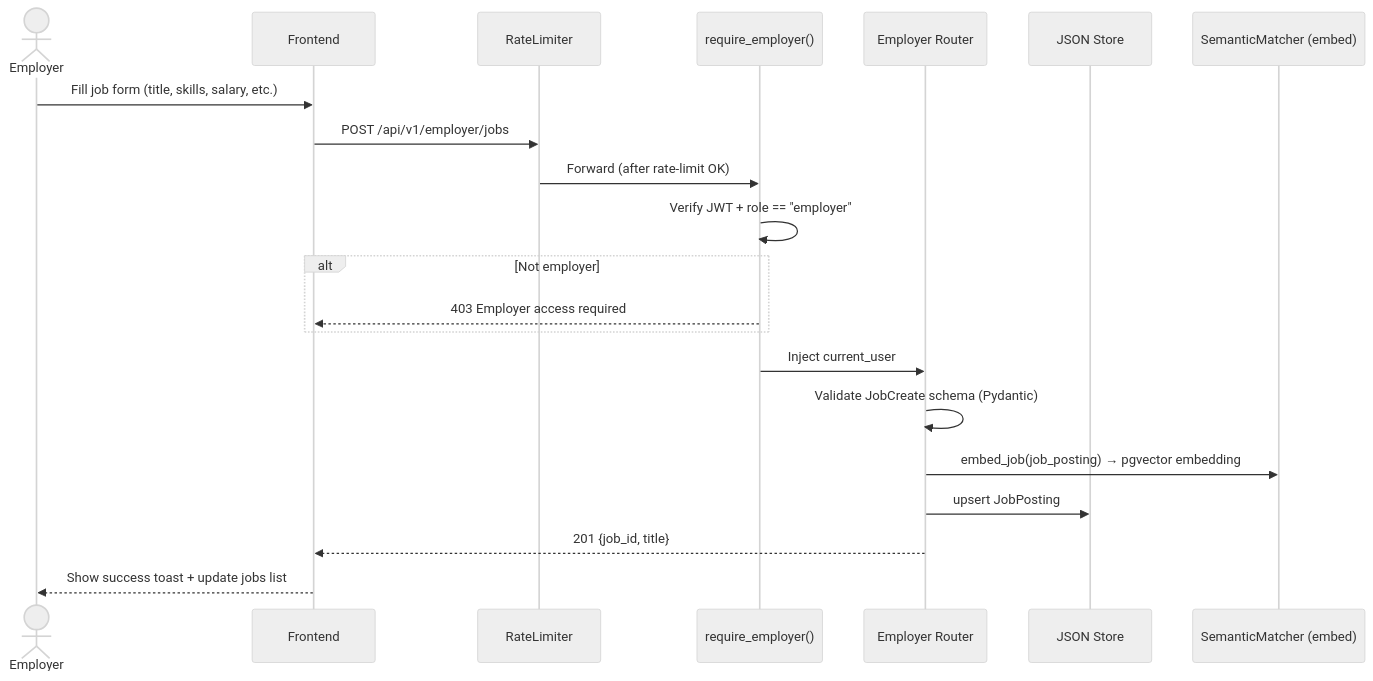
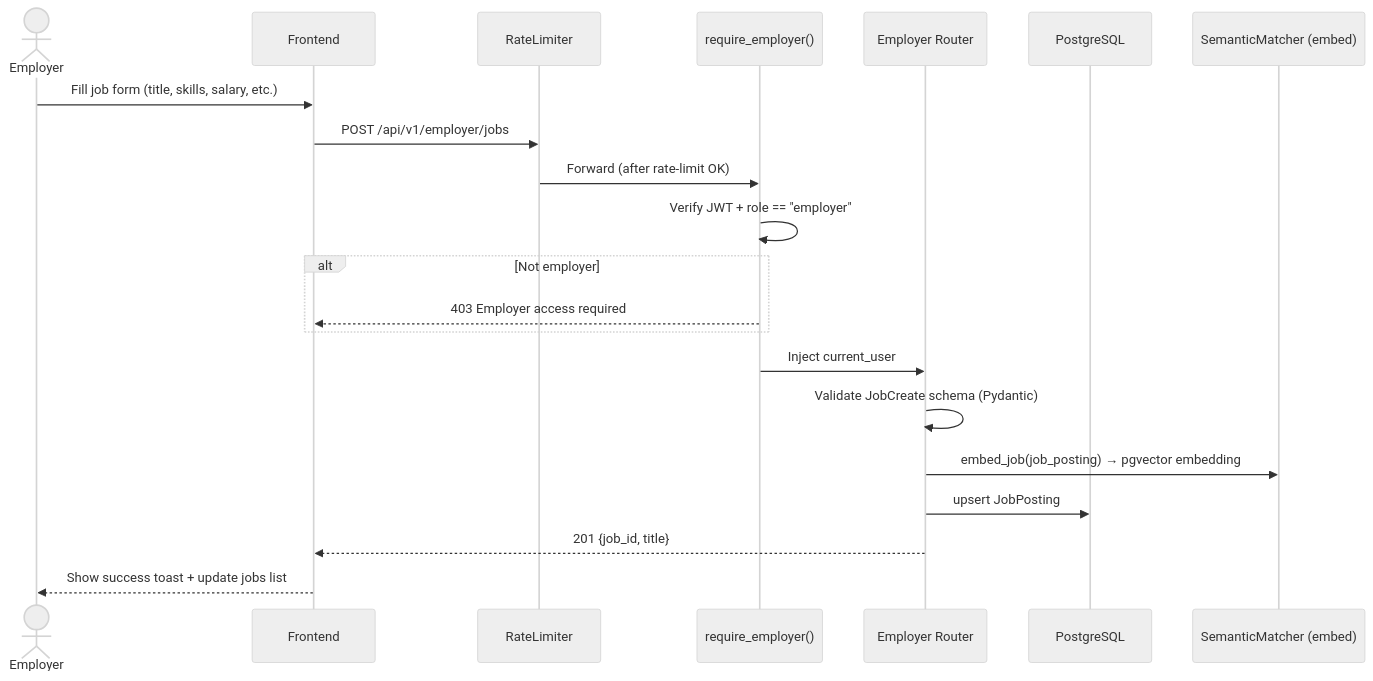
Before and after one commit to LouSens/KerjaCerdas: the sixth of 7 diagrams in docs/SEQUENCE_DIAGRAMS.md, drawn with Mermaid (neutral theme). The commit also changed other lines of this file and 33 other files, not shown here.

Commit message:
docs: consolidate architecture/pitch docs, remove hackathon-audit meta-commentary, fix stale content

````diff
--- a/docs/SEQUENCE_DIAGRAMS.md
+++ b/docs/SEQUENCE_DIAGRAMS.md
@@ -214,24 +223,24 @@
 ```mermaid
 sequenceDiagram
     actor E as Employer
     participant F as Frontend
     participant RL as RateLimiter
     participant DP as require_employer()
     participant EP as Employer Router
-    participant DB as JSON Store
+    participant DB as PostgreSQL
     participant SM as SemanticMatcher (embed)
 
     E->>F: Fill job form (title, skills, salary, etc.)
     F->>RL: POST /api/v1/employer/jobs
     RL->>DP: Forward (after rate-limit OK)
     DP->>DP: Verify JWT + role == "employer"
     alt Not employer
         DP-->>F: 403 Employer access required
     end
     DP->>EP: Inject current_user
     EP->>EP: Validate JobCreate schema (Pydantic)
     EP->>SM: embed_job(job_posting) → pgvector embedding
     EP->>DB: upsert JobPosting
     EP-->>F: 201 {job_id, title}
     F-->>E: Show success toast + update jobs list
 ```
````
